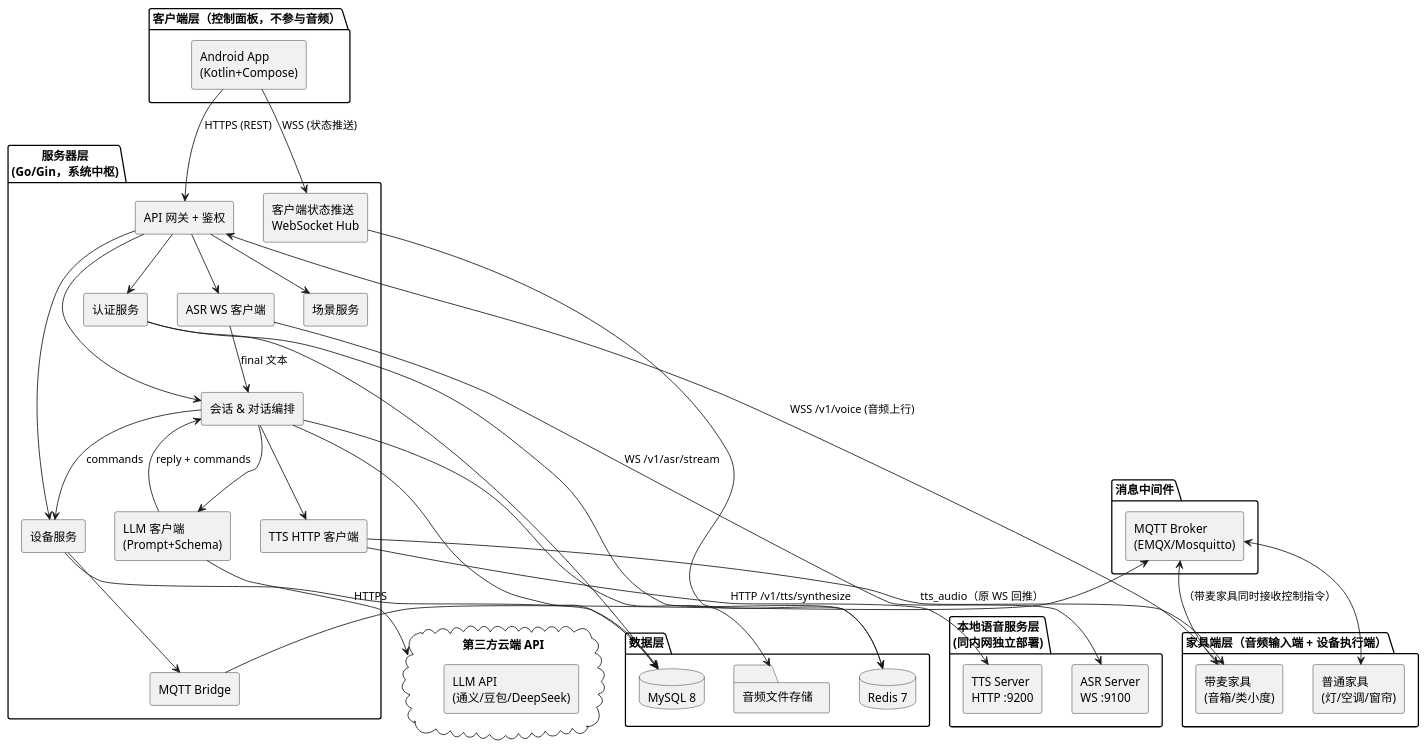
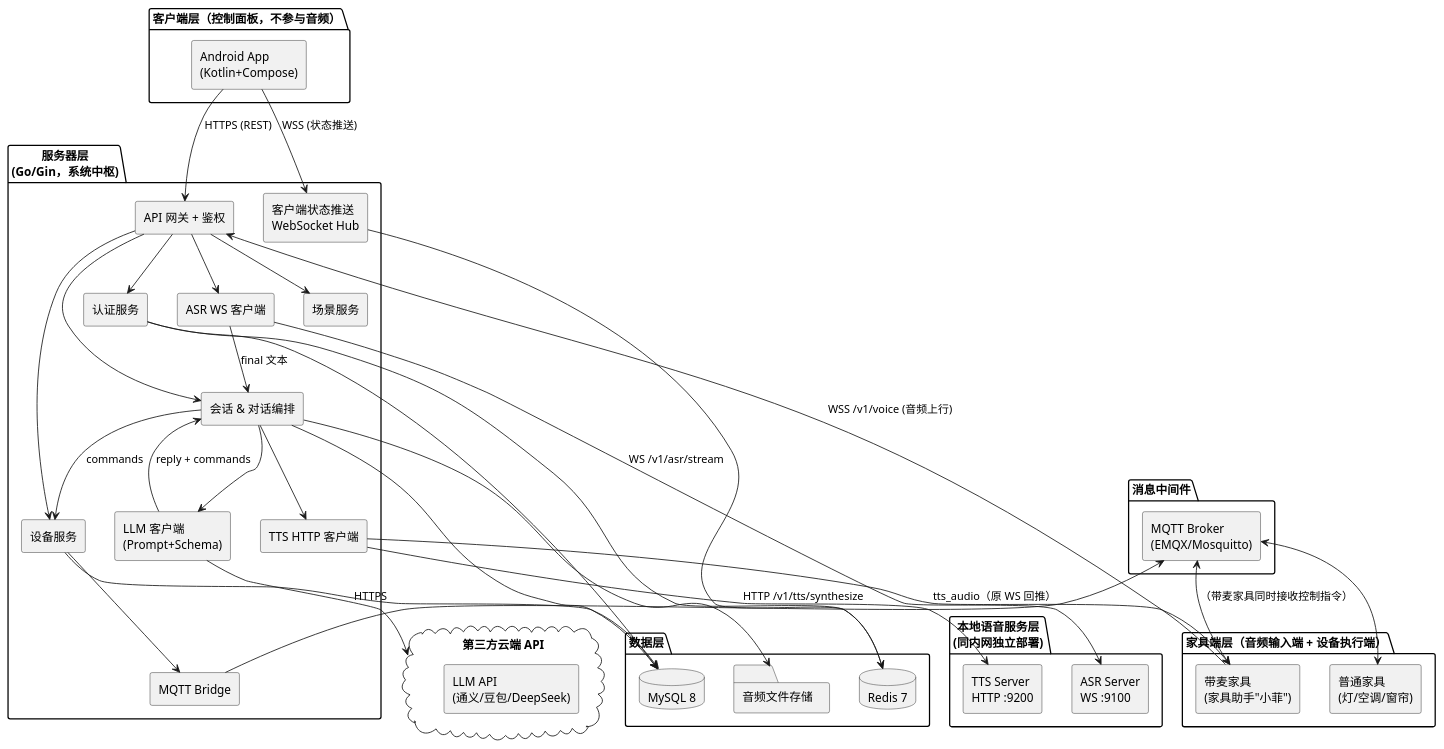
One commit to Yoruko666/Taffy-Assistant changed the first of 6 diagrams in docs/03-软件设计文档.md. Above: the diagram before and after it, drawn with PlantUML. The commit also changed other lines of this file and 6 other files, not shown here.

````diff
--- a/docs/03-软件设计文档.md
+++ b/docs/03-软件设计文档.md
@@ -45,77 +45,77 @@
 ```plantuml
 @startuml
 skinparam componentStyle rectangle
 
 package "客户端层（控制面板，不参与音频）" {
   [Android App\n(Kotlin+Compose)] as App
 }
 
 package "家具端层（音频输入端 + 设备执行端）" {
-  [带麦家具\n(音箱/类小度)] as Mic
+  [带麦家具\n(家具助手"小菲")] as Mic
   [普通家具\n(灯/空调/窗帘)] as Dev
 }
 
 package "服务器层\n(Go/Gin，系统中枢)" {
   [API 网关 + 鉴权] as GW
   [认证服务] as Auth
   [设备服务] as DevSvc
   [会话 & 对话编排] as ChatSvc
   [场景服务] as SceneSvc
   [客户端状态推送\nWebSocket Hub] as WS
   [MQTT Bridge] as MB
   [LLM 客户端\n(Prompt+Schema)] as LLMCli
   [ASR WS 客户端] as ASRCli
   [TTS HTTP 客户端] as TTSCli
 }
 
 package "本地语音服务层\n(同内网独立部署)" {
   [ASR Server\nWS :9100] as ASRSvr
   [TTS Server\nHTTP :9200] as TTSSvr
 }
 
 package "消息中间件" {
   [MQTT Broker\n(EMQX/Mosquitto)] as Broker
 }
 
 package "数据层" {
   database "MySQL 8" as DB
   database "Redis 7" as Cache
   folder "音频文件存储" as OSS
 }
 
 cloud "第三方云端 API" as Cloud {
   [LLM API\n(通义/豆包/DeepSeek)]
 }
 
 App --> GW : HTTPS (REST)
 App --> WS  : WSS (状态推送)
 
 Mic --> GW   : WSS /v1/voice (音频上行)
 GW  --> ASRCli
 ASRCli --> ASRSvr : WS /v1/asr/stream
 ASRCli --> ChatSvc : final 文本
 ChatSvc --> LLMCli
 LLMCli  --> Cloud  : HTTPS
 LLMCli  --> ChatSvc : reply + commands
 ChatSvc --> TTSCli
 TTSCli  --> TTSSvr : HTTP /v1/tts/synthesize
 TTSCli  --> Mic    : tts_audio（原 WS 回推）
 ChatSvc --> DevSvc : commands
 DevSvc  --> MB
 MB      --> Broker
 Broker  <--> Dev
 Broker  <--> Mic   : （带麦家具同时接收控制指令）
 
 GW --> Auth
 GW --> DevSvc
 GW --> ChatSvc
 GW --> SceneSvc
 Auth --> DB
 Auth --> Cache
 DevSvc --> DB
 ChatSvc --> DB
 WS --> Cache
 ChatSvc --> OSS
 
 @enduml
 ```
````
